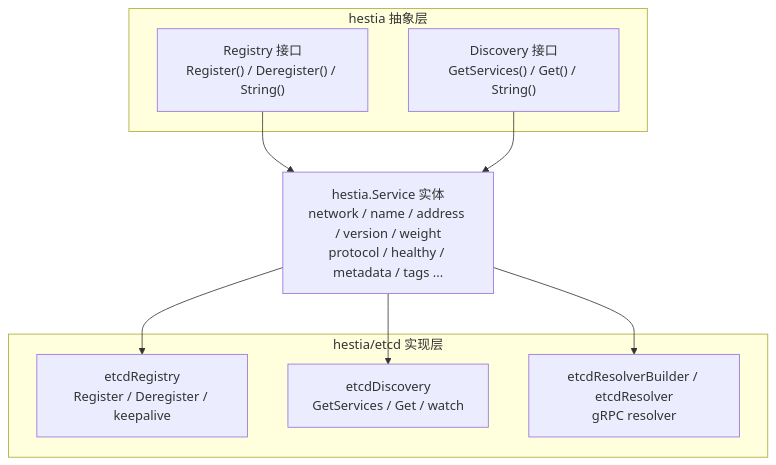
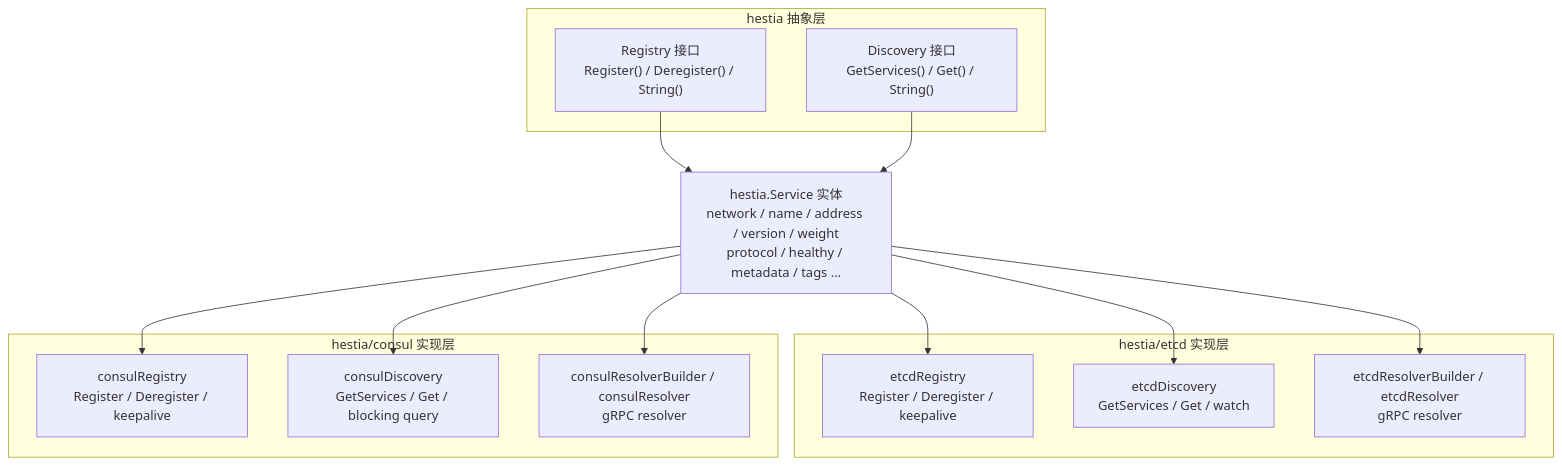
The first of 2 diagrams in hestia/readme.md (daheige/hephfx), drawn with Mermaid before and after one commit. The commit also changed other lines of this file, not shown here.

Commit message:
docs: update hestia readme.md

````diff
--- a/hestia/readme.md
+++ b/hestia/readme.md
@@ -38,21 +40,30 @@
 ```mermaid
 flowchart TB
     subgraph Abstract["hestia 抽象层"]
         Registry["Registry 接口\nRegister() / Deregister() / String()"]
         Discovery["Discovery 接口\nGetServices() / Get() / String()"]
     end
 
     Service["hestia.Service 实体\nnetwork / name / address / version / weight\nprotocol / healthy / metadata / tags ..."]
 
-    subgraph Impl["hestia/etcd 实现层"]
+    subgraph etcdImpl["hestia/etcd 实现层"]
         etcdRegistry["etcdRegistry\nRegister / Deregister / keepalive"]
         etcdDiscovery["etcdDiscovery\nGetServices / Get / watch"]
         etcdResolver["etcdResolverBuilder / etcdResolver\ngRPC resolver"]
+    end
+
+    subgraph consulImpl["hestia/consul 实现层"]
+        consulRegistry["consulRegistry\nRegister / Deregister / keepalive"]
+        consulDiscovery["consulDiscovery\nGetServices / Get / blocking query"]
+        consulResolver["consulResolverBuilder / consulResolver\ngRPC resolver"]
     end
 
     Registry --> Service
     Discovery --> Service
     Service --> etcdRegistry
     Service --> etcdDiscovery
     Service --> etcdResolver
+    Service --> consulRegistry
+    Service --> consulDiscovery
+    Service --> consulResolver
 ```
````
